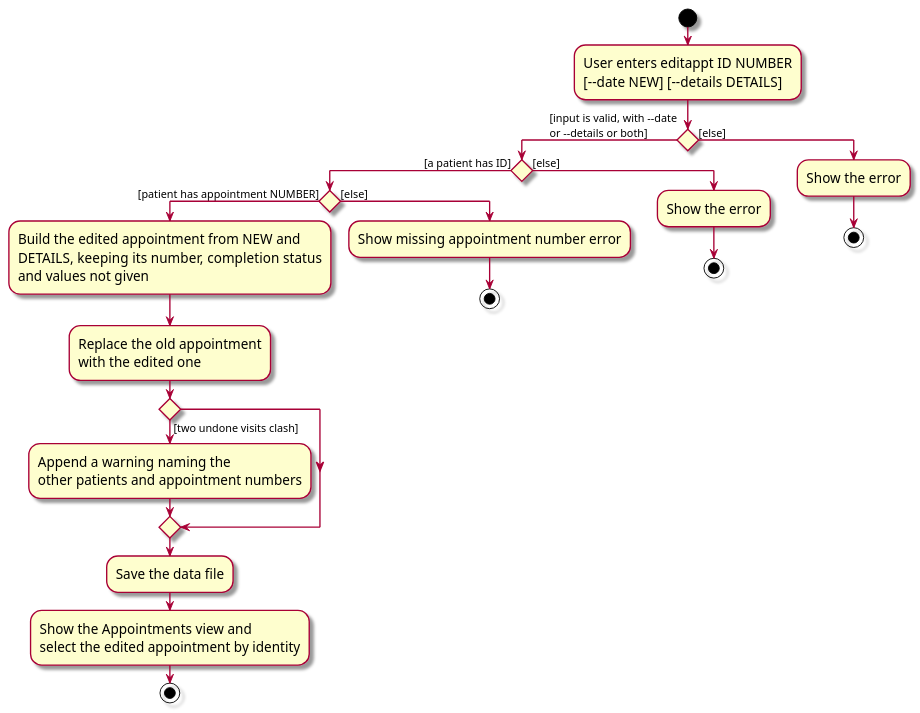
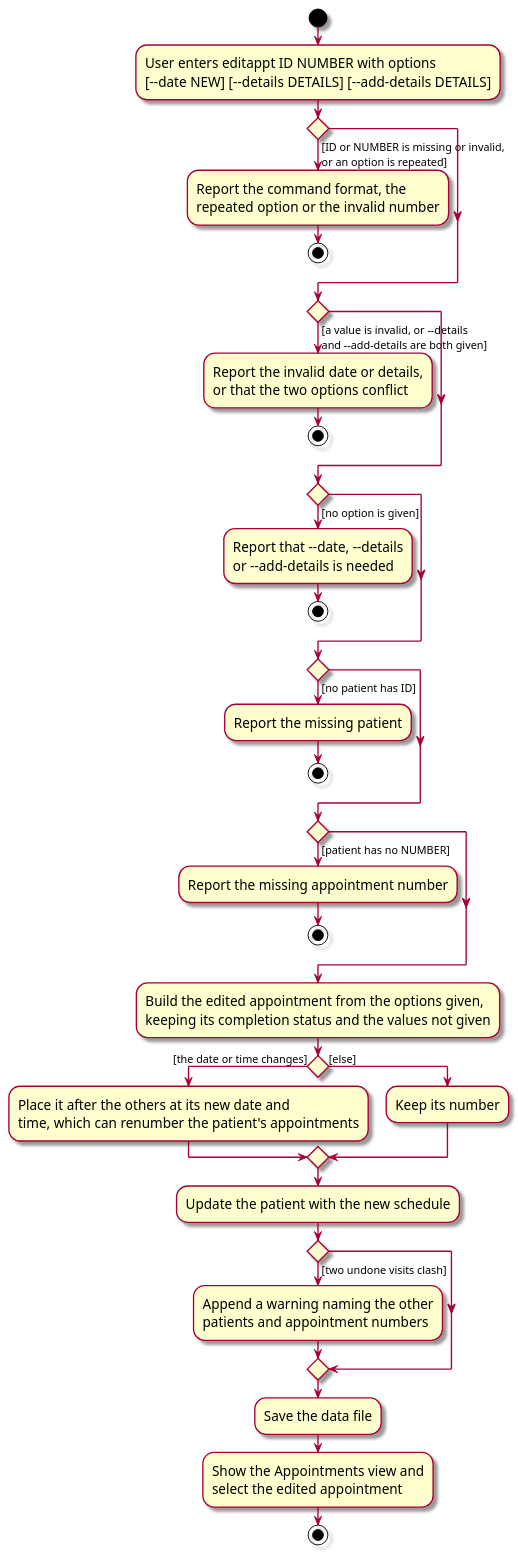
The diagram in docs/diagrams/EditAppointmentActivityDiagram.puml (Bruhmiuz/teePee), drawn with PlantUML before and after one commit. The commit also changed 4 other files, not shown here.

First line of the commit message:
Resolve the mess scores on the edit diagrams

```diff
--- a/docs/diagrams/EditAppointmentActivityDiagram.puml
+++ b/docs/diagrams/EditAppointmentActivityDiagram.puml
@@ -1,41 +1,51 @@
 @startuml
 skin rose
 skinparam ActivityFontSize 15
 skinparam ArrowFontSize 12
 start
-:User enters editappt ID NUMBER
-[~--date NEW] [~--details DETAILS];
+:User enters editappt ID NUMBER with options
+[~--date NEW] [~--details DETAILS] [~--add-details DETAILS];
 
-'Since the beta syntax does not support placing the condition outside the
-'diamond we place it as the true branch instead.
-
-if () then ([input is valid, with --date
-or --details or both])
-    if () then ([a patient has ID])
-        if () then ([patient has appointment NUMBER])
-            :Build the edited appointment from NEW and
-            DETAILS, keeping its number, completion status
-            and values not given;
-            :Replace the old appointment
-            with the edited one;
-            if () then ([two undone visits clash])
-                :Append a warning naming the
-                other patients and appointment numbers;
-            endif
-            :Save the data file;
-            :Show the Appointments view and
-            select the edited appointment by identity;
-            stop
-        else ([else])
-            :Show missing appointment number error;
-            stop
-        endif
-    else ([else])
-        :Show the error;
-        stop
-    endif
-else ([else])
-    :Show the error;
+if () then ([ID or NUMBER is missing or invalid,
+or an option is repeated])
+    :Report the command format, the
+    repeated option or the invalid number;
     stop
 endif
+if () then ([a value is invalid, or ~--details
+and ~--add-details are both given])
+    :Report the invalid date or details,
+    or that the two options conflict;
+    stop
+endif
+if () then ([no option is given])
+    :Report that ~--date, ~--details
+    or ~--add-details is needed;
+    stop
+endif
+if () then ([no patient has ID])
+    :Report the missing patient;
+    stop
+endif
+if () then ([patient has no NUMBER])
+    :Report the missing appointment number;
+    stop
+endif
+:Build the edited appointment from the options given,
+keeping its completion status and the values not given;
+if () then ([the date or time changes])
+    :Place it after the others at its new date and
+    time, which can renumber the patient's appointments;
+else ([else])
+    :Keep its number;
+endif
+:Update the patient with the new schedule;
+if () then ([two undone visits clash])
+    :Append a warning naming the other
+    patients and appointment numbers;
+endif
+:Save the data file;
+:Show the Appointments view and
+select the edited appointment;
+stop
 @enduml
```
